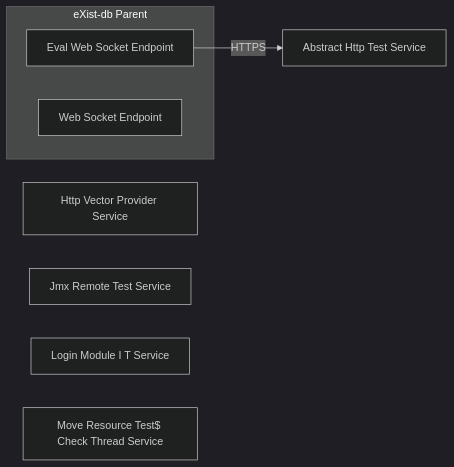
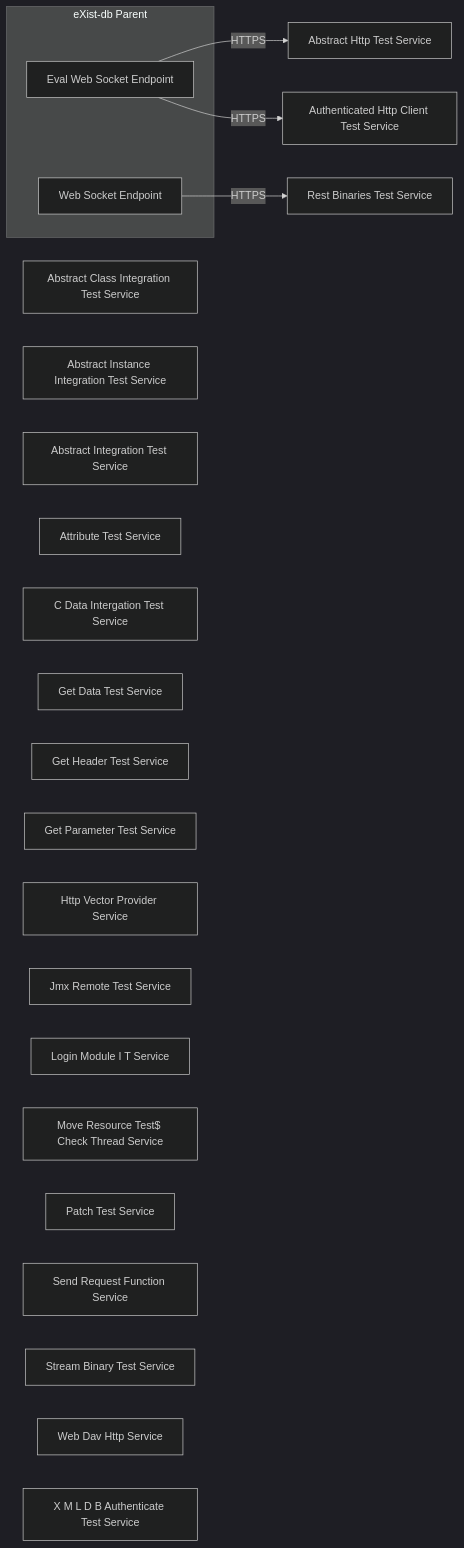
One commit to eXist-db/exist changed the diagram in .moderne/context/architecture.md. Above: the diagram before and after it, drawn with Mermaid (dark theme). The commit also changed other lines of this file and 16 other files, not shown here.

````diff
--- a/.moderne/context/architecture.md
+++ b/.moderne/context/architecture.md
@@ -5,15 +5,32 @@
 ```mermaid
 flowchart LR
   subgraph exist-parent["eXist-db Parent"]
     eval-web-socket-endpoint["Eval Web Socket Endpoint"]
     web-socket-endpoint["Web Socket Endpoint"]
   end
 
+  abstract-class-integration-test-service["Abstract Class Integration Test Service"]
   abstract-http-test-service["Abstract Http Test Service"]
+  abstract-instance-integration-test-service["Abstract Instance Integration Test Service"]
+  abstract-integration-test-service["Abstract Integration Test Service"]
+  attribute-test-service["Attribute Test Service"]
+  authenticated-http-client-test-service["Authenticated Http Client Test Service"]
+  c-data-intergation-test-service["C Data Intergation Test Service"]
+  get-data-test-service["Get Data Test Service"]
+  get-header-test-service["Get Header Test Service"]
+  get-parameter-test-service["Get Parameter Test Service"]
   http-vector-provider-service["Http Vector Provider Service"]
   jmx-remote-test-service["Jmx Remote Test Service"]
   login-module-i-t-service["Login Module I T Service"]
   move-resource-test$-check-thread-service["Move Resource Test$ Check Thread Service"]
+  patch-test-service["Patch Test Service"]
+  rest-binaries-test-service["Rest Binaries Test Service"]
+  send-request-function-service["Send Request Function Service"]
+  stream-binary-test-service["Stream Binary Test Service"]
+  web-dav-http-service["Web Dav Http Service"]
+  x-m-l-d-b-authenticate-test-service["X M L D B Authenticate Test Service"]
 
   eval-web-socket-endpoint -->|HTTPS| abstract-http-test-service
+  eval-web-socket-endpoint -->|HTTPS| authenticated-http-client-test-service
+  web-socket-endpoint -->|HTTPS| rest-binaries-test-service
 ```
````
